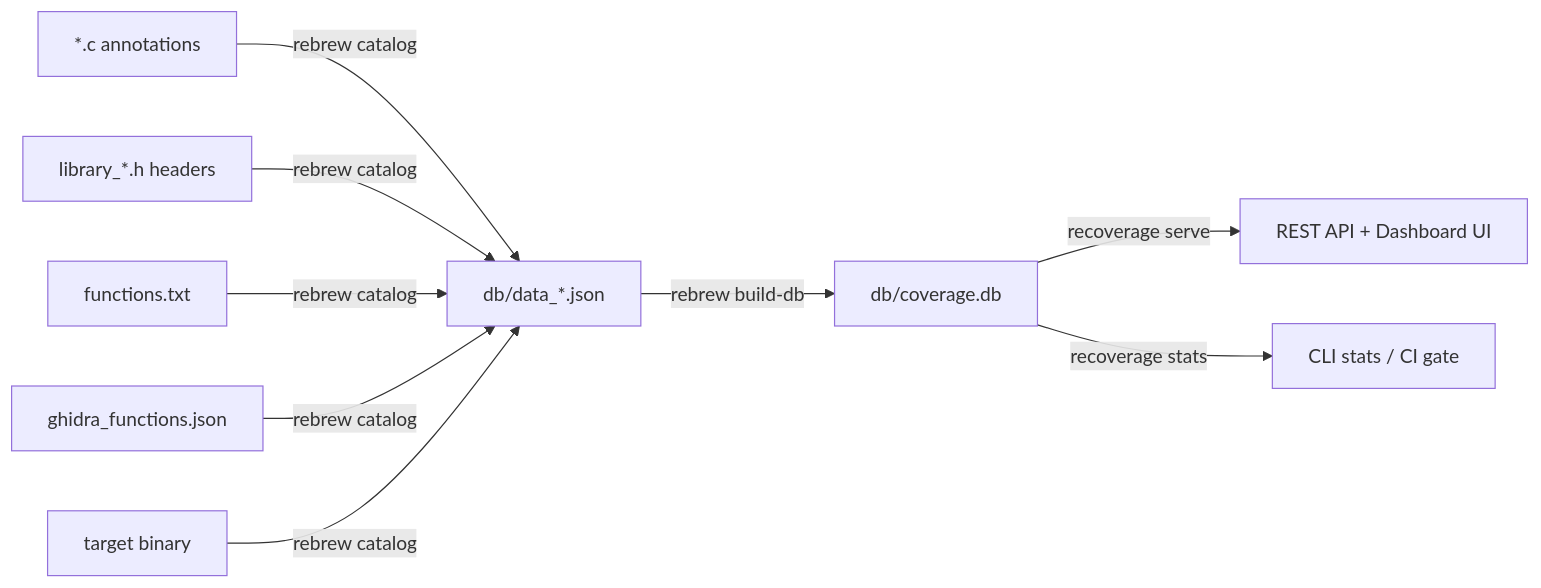
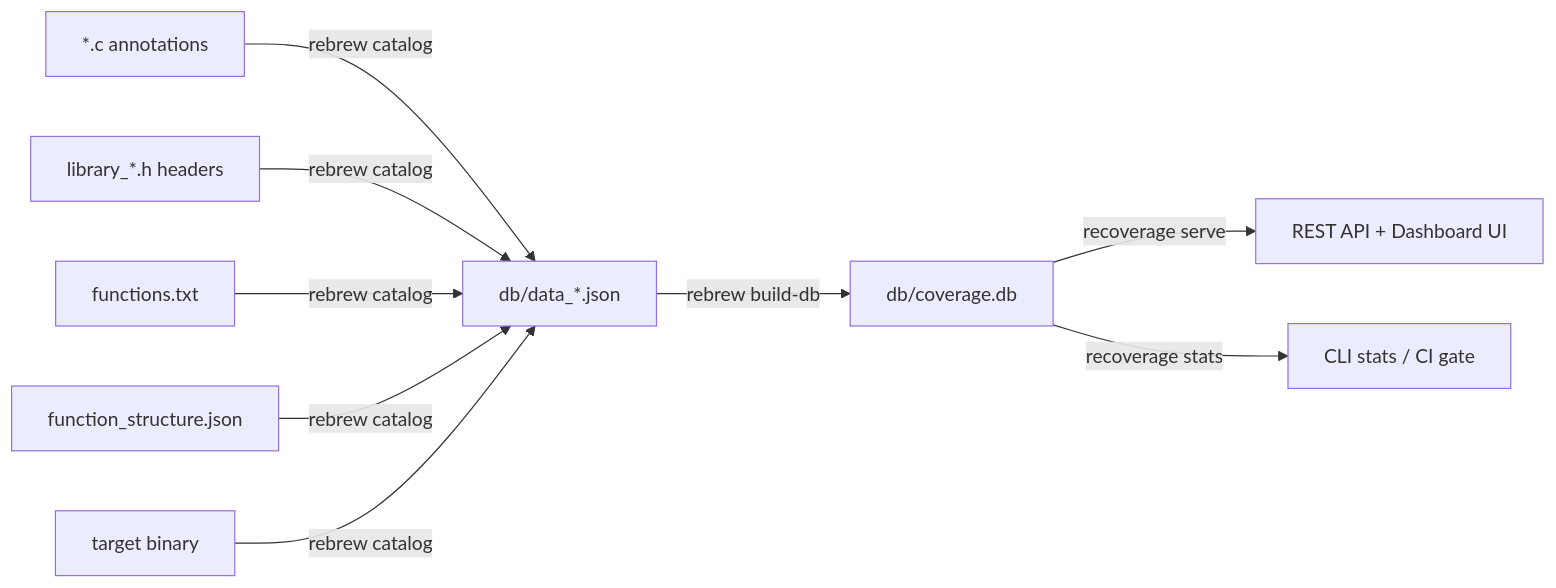
The diagram in docs/DB_FORMAT.md (maci0/rebrew), drawn with Mermaid before and after one commit. The commit also changed other lines of this file and 43 other files, not shown here.

````diff
--- a/docs/DB_FORMAT.md
+++ b/docs/DB_FORMAT.md
@@ -12,11 +12,11 @@
 ```mermaid
 flowchart LR
     A["*.c annotations"] -->|rebrew catalog| B["db/data_*.json"]
     LH["library_*.h headers"] -->|rebrew catalog| B
     FL["functions.txt"] -->|rebrew catalog| B
-    GH["ghidra_functions.json"] -->|rebrew catalog| B
+    GH["function_structure.json"] -->|rebrew catalog| B
     BIN["target binary"] -->|rebrew catalog| B
     B -->|rebrew build-db| C["db/coverage.db"]
     C -->|recoverage serve| D["REST API + Dashboard UI"]
     C -->|recoverage stats| E["CLI stats / CI gate"]
 ```
````
